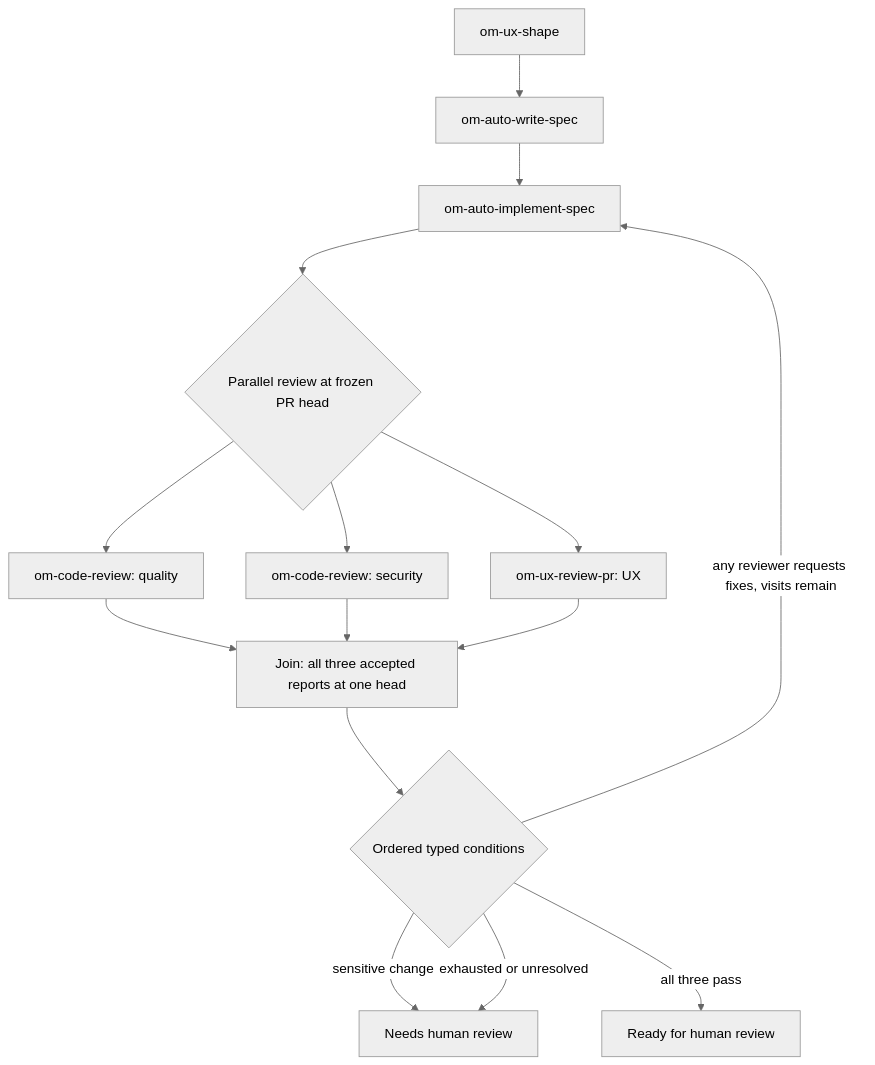
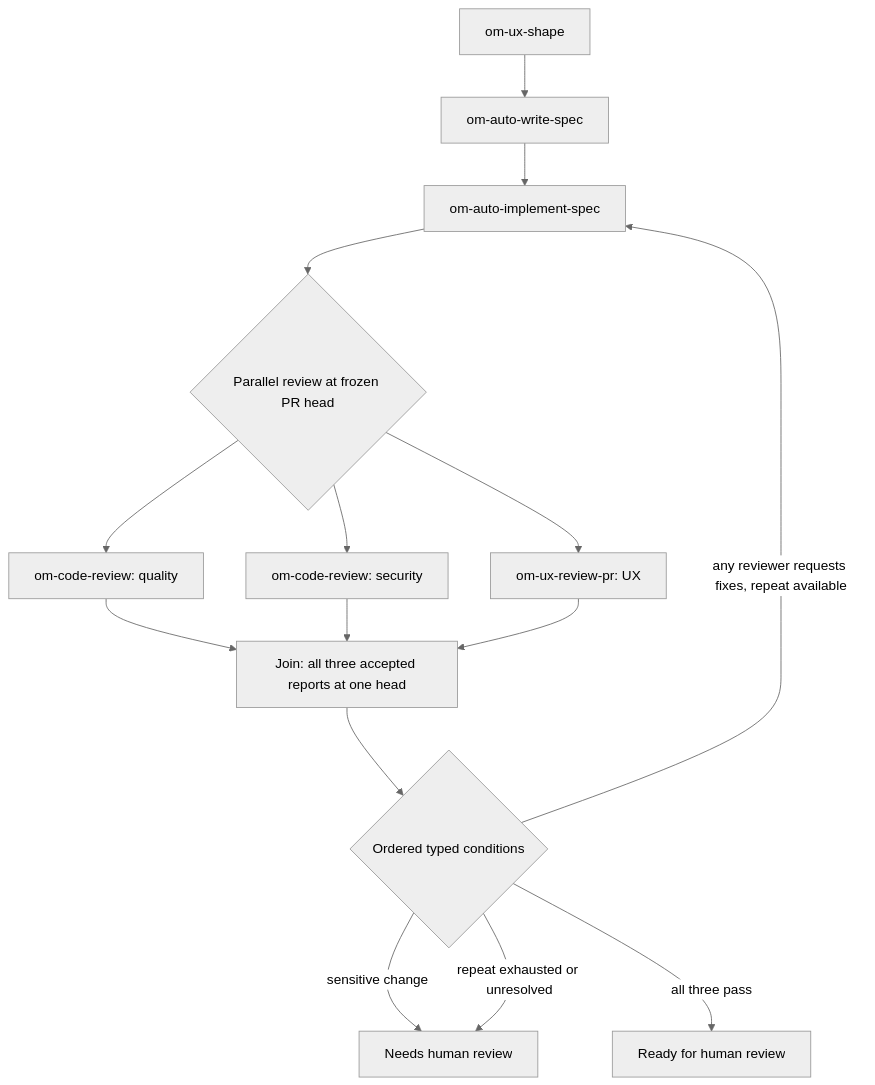
The diagram in .ai/specs/2026-10-04-decision-workflow-builder.md (Igloczek/cezar), drawn with Mermaid (neutral theme) before and after one commit. The commit also changed other lines of this file and 16 other files, not shown here.

````diff
--- a/.ai/specs/2026-10-04-decision-workflow-builder.md
+++ b/.ai/specs/2026-10-04-decision-workflow-builder.md
@@ -100,17 +106,17 @@
 ```mermaid
 flowchart TD
   A[om-ux-shape] --> B[om-auto-write-spec]
   B --> C[om-auto-implement-spec]
   C --> F{Parallel review at frozen PR head}
   F --> D[om-code-review: quality]
   F --> S[om-code-review: security]
   F --> E[om-ux-review-pr: UX]
   D --> J[Join: all three accepted reports at one head]
   S --> J
   E --> J
   J --> G{Ordered typed conditions}
   G -- sensitive change --> H[Needs human review]
-  G -- any reviewer requests fixes, visits remain --> C
+  G -- any reviewer requests fixes, repeat available --> C
   G -- all three pass --> I[Ready for human review]
-  G -- exhausted or unresolved --> H
+  G -- repeat exhausted or unresolved --> H
 ```
````
